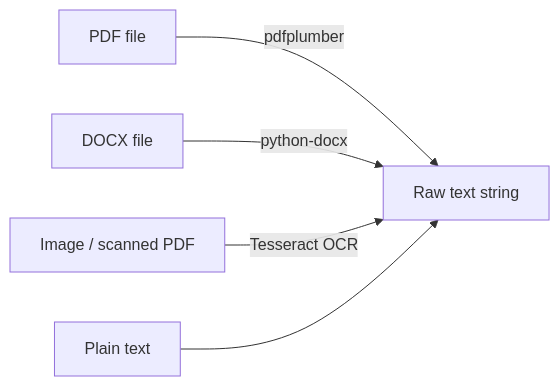
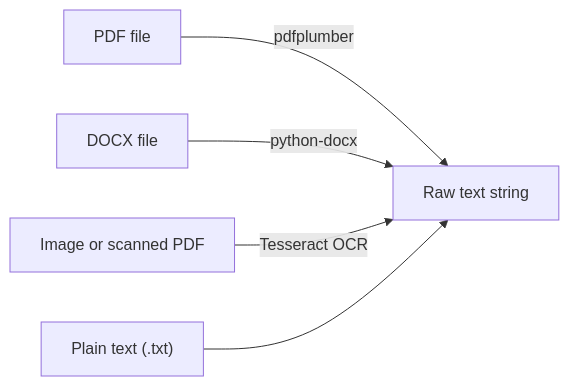
One commit to securitywithhem/vaultiq changed the fourth of 13 diagrams in README.md. Above: the diagram before and after it, drawn with Mermaid. The commit also changed other lines of this file, not shown here.

````diff
--- a/README.md
+++ b/README.md
@@ -270,8 +348,7 @@
 ```mermaid
 flowchart LR
-    PDF[PDF file] -->|pdfplumber| Text
-    DOCX[DOCX file] -->|python-docx| Text
-    IMG[Image / scanned PDF] -->|Tesseract OCR| Text
-    TXT[Plain text] --> Text
-    Text[Raw text string]
+    PDF["PDF file"] -->|"pdfplumber"| Text["Raw text string"]
+    DOCX["DOCX file"] -->|"python-docx"| Text
+    IMG["Image or scanned PDF"] -->|"Tesseract OCR"| Text
+    TXT["Plain text (.txt)"] --> Text
 ```
````
